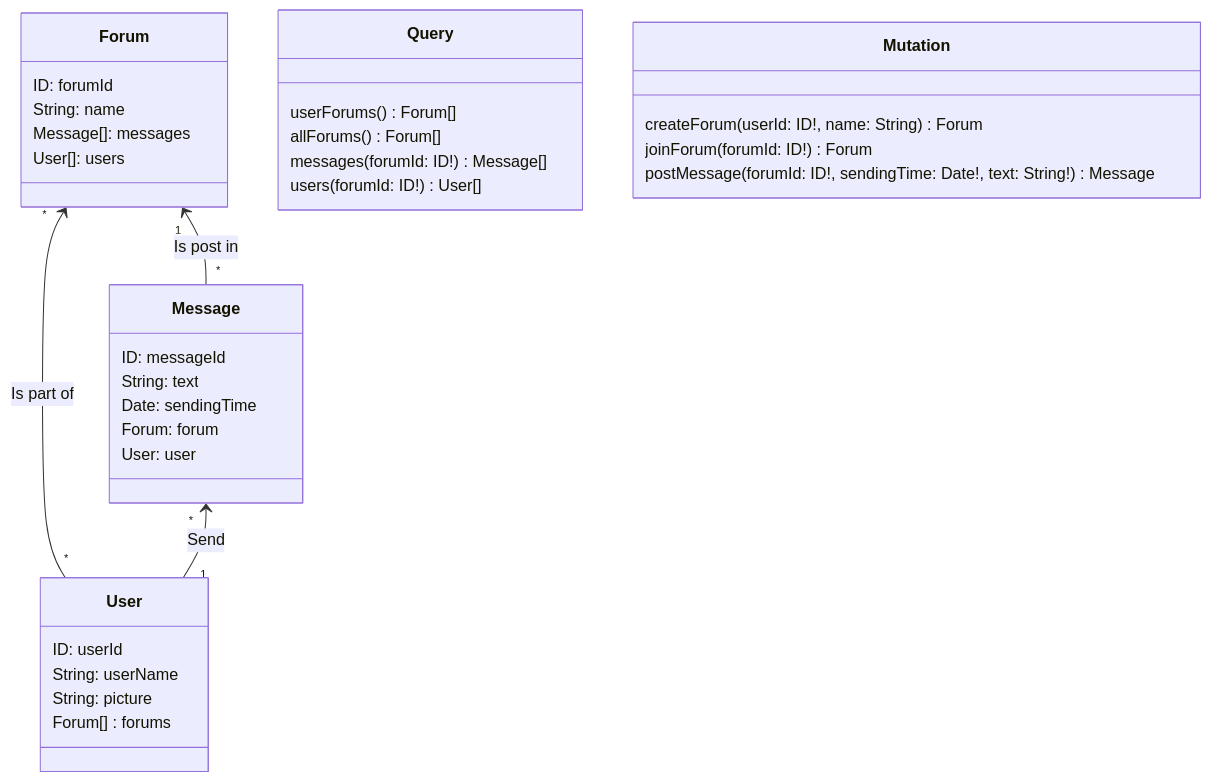
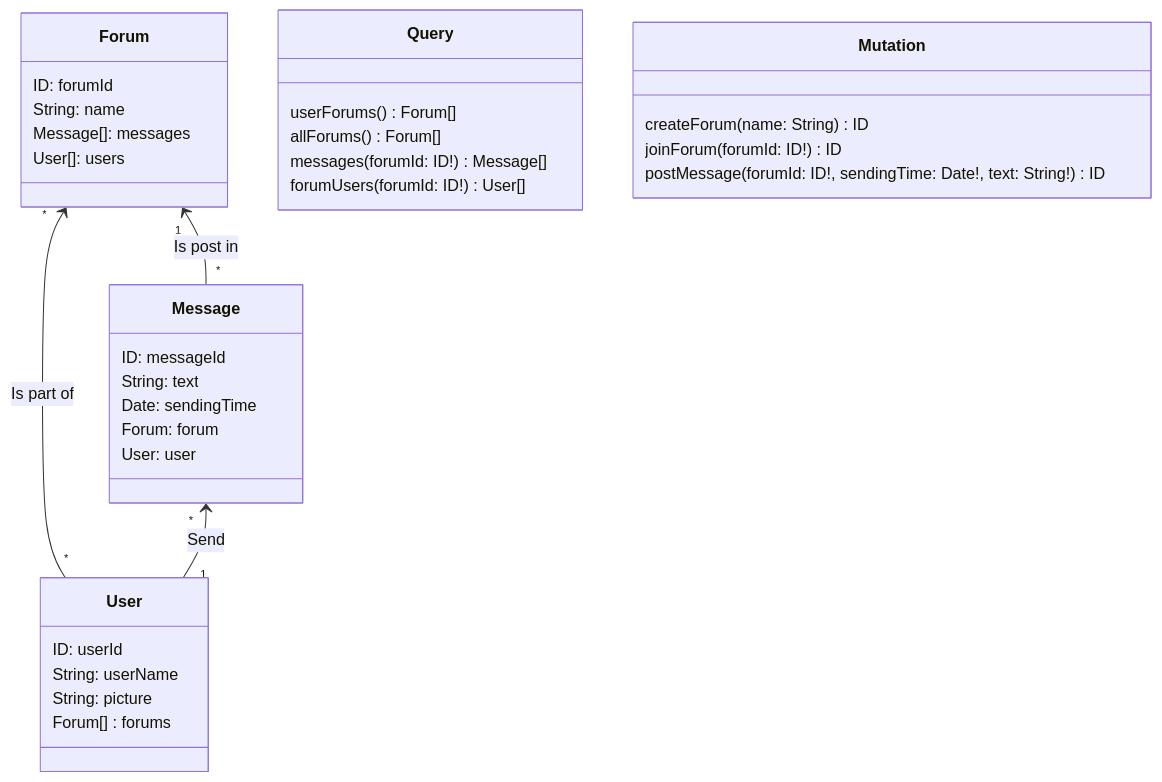
The diagram in README.md (annepinson/freshplanet-test), drawn with Mermaid before and after one commit. The commit also changed other lines of this file and 2 other files, not shown here.

Commit message:
Create the CHANGES.md file for part 2.

````diff
--- a/README.md
+++ b/README.md
@@ -22,41 +22,41 @@
 ```mermaid
 classDiagram
     Forum "*" <-- "*" User : Is part of
     Message "*" <-- "1" User: Send
     Forum "1" <-- "*" Message: Is post in
 
     class Forum{
       ID: forumId
       String: name
       Message[]: messages
       User[]: users
     }
 
     class User{
       ID: userId
       String: userName
       String: picture
       Forum[] : forums
     }
 
     class Message{
       ID: messageId
       String: text
       Date: sendingTime
       Forum: forum
       User: user
     }
 
     class Query{
       userForums() Forum[]
       allForums() Forum[]
       messages(forumId: ID!) Message[]
-      users(forumId: ID!) User[]
+      forumUsers(forumId: ID!) User[]
     }
 
     class Mutation {
-      createForum(userId: ID!, name: String) Forum
-      joinForum(forumId: ID!) Forum
-      postMessage(forumId: ID!, sendingTime: Date!, text: String!) Message
+      createForum(name: String) ID
+      joinForum(forumId: ID!) ID
+      postMessage(forumId: ID!, sendingTime: Date!, text: String!) ID
     }
 ```
````
